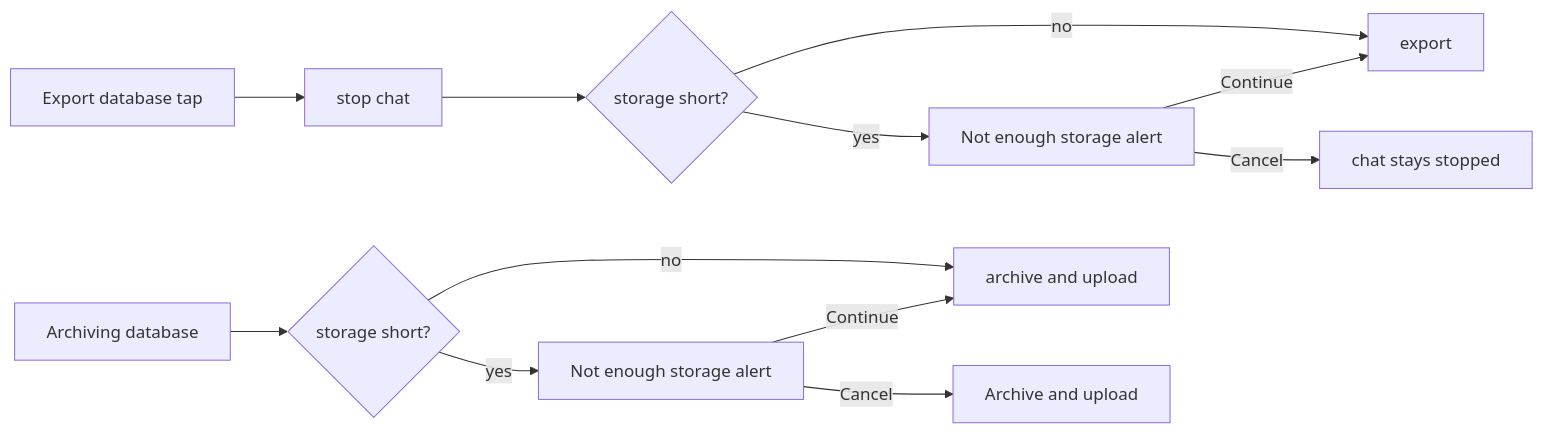
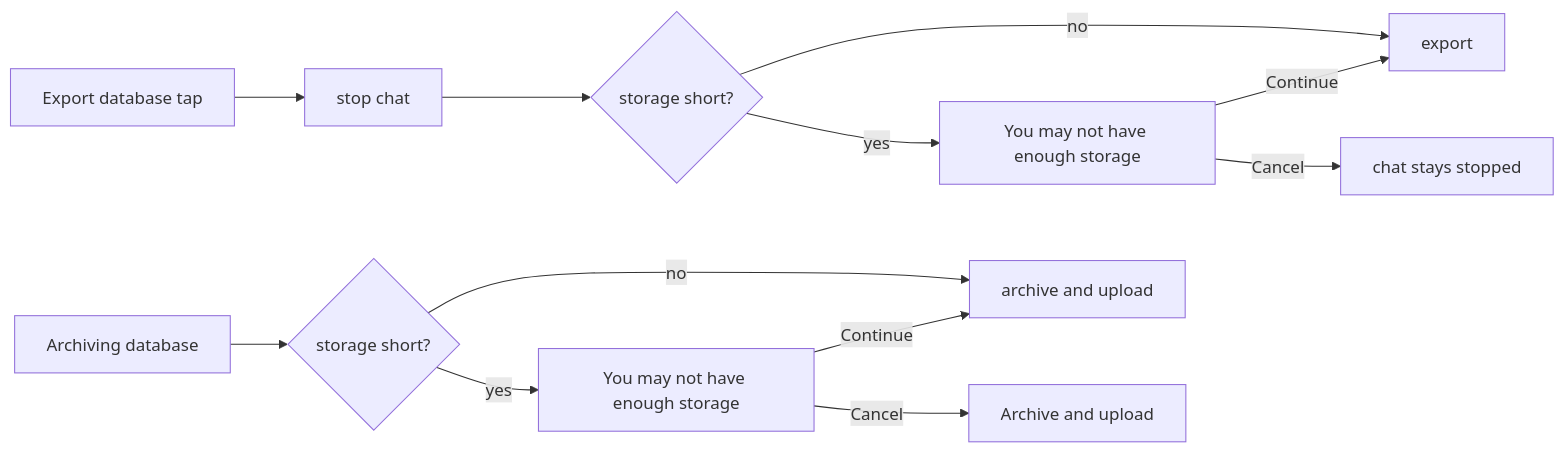
The second of 2 diagrams in plans/2026-11-07-export-storage-check.md (Narasimha-sc/simplex-chat), drawn with Mermaid before and after one commit. The commit also changed other lines of this file and 1 other file, not shown here.

Commit message:
docs: use the alert titles and passive voice in the migration plans

````diff
--- a/plans/2026-11-07-export-storage-check.md
+++ b/plans/2026-11-07-export-storage-check.md
@@ -36,13 +36,13 @@
 ```mermaid
 flowchart LR
   E["Export database tap"] --> S["stop chat"] --> C1{"storage short?"}
   C1 -- no --> X["export"]
-  C1 -- yes --> W1["Not enough storage alert"]
+  C1 -- yes --> W1["You may not have enough storage"]
   W1 -- Continue --> X
   W1 -- Cancel --> P["chat stays stopped"]
   A["Archiving database"] --> C2{"storage short?"}
   C2 -- no --> X2["archive and upload"]
-  C2 -- yes --> W2["Not enough storage alert"]
+  C2 -- yes --> W2["You may not have enough storage"]
   W2 -- Continue --> X2
   W2 -- Cancel --> U["Archive and upload"]
 ```
````
